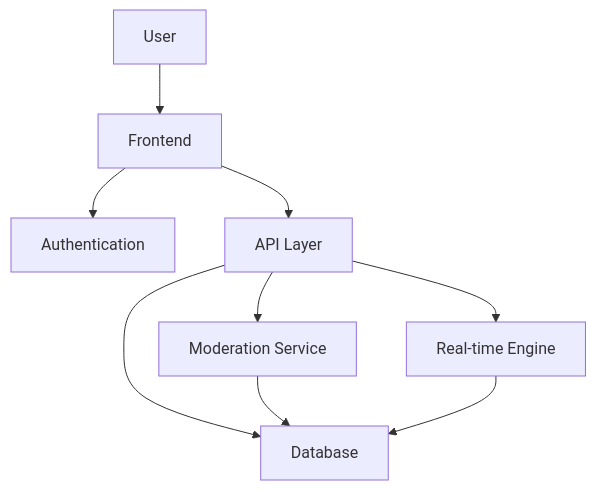
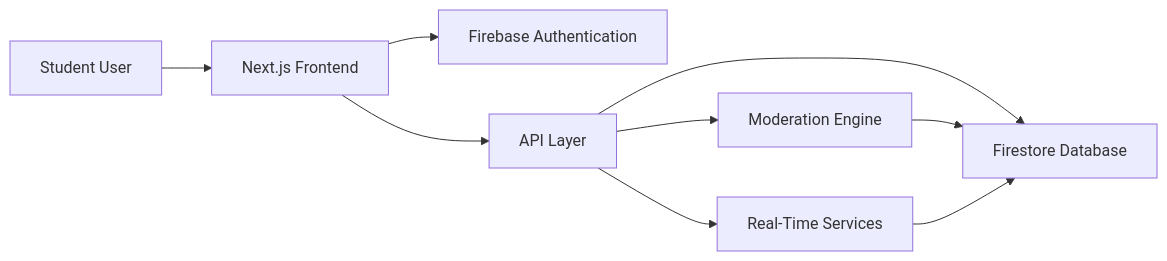
One commit to Akash22-11/ANONYMOUS- changed the diagram in README.md. Above: the diagram before and after it, drawn with Mermaid. The commit also changed other lines of this file, not shown here.

````diff
--- a/README.md
+++ b/README.md
@@ -76,14 +131,19 @@
 ```mermaid
-flowchart TD
+flowchart LR
 
-A[User] --> B[Frontend]
-B --> C[Authentication]
+A[Student User]
+--> B[Next.js Frontend]
+
+B --> C[Firebase Authentication]
+
 B --> D[API Layer]
 
-D --> E[Database]
-D --> F[Moderation Service]
-D --> G[Real-time Engine]
+D --> E[Firestore Database]
+
+D --> F[Moderation Engine]
+
+D --> G[Real-Time Services]
 
 F --> E
 G --> E
 ```
````
